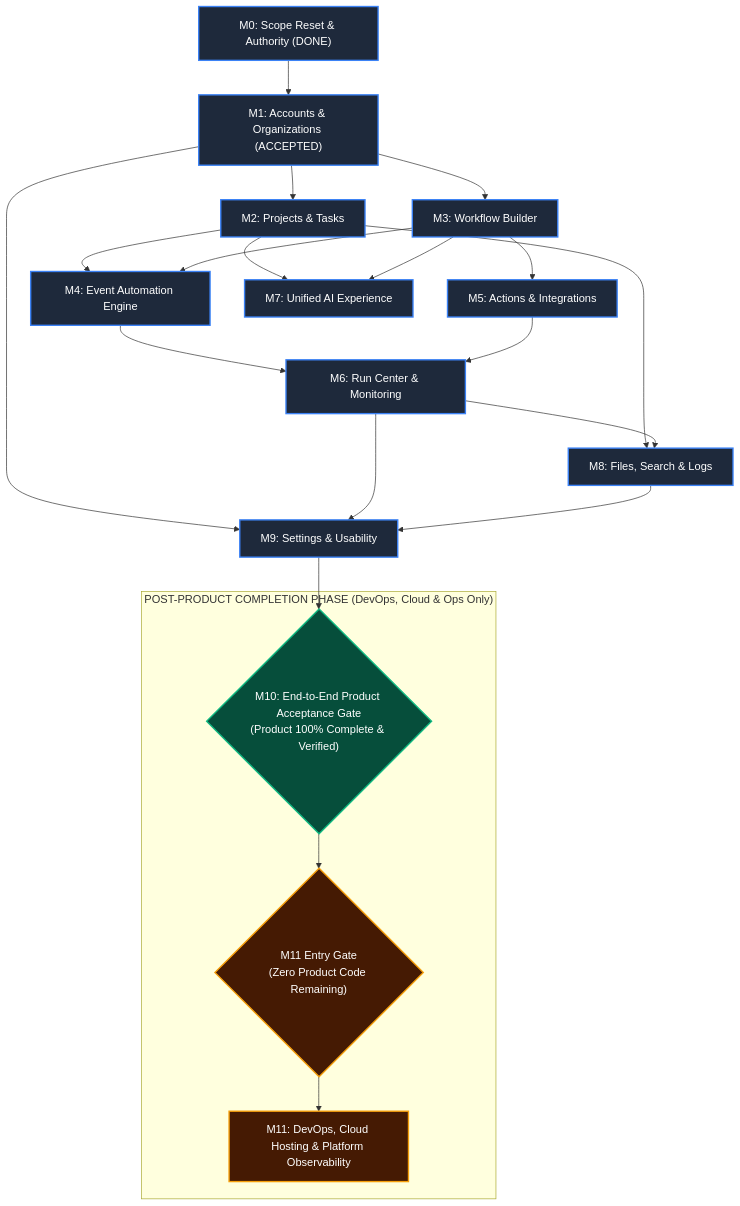
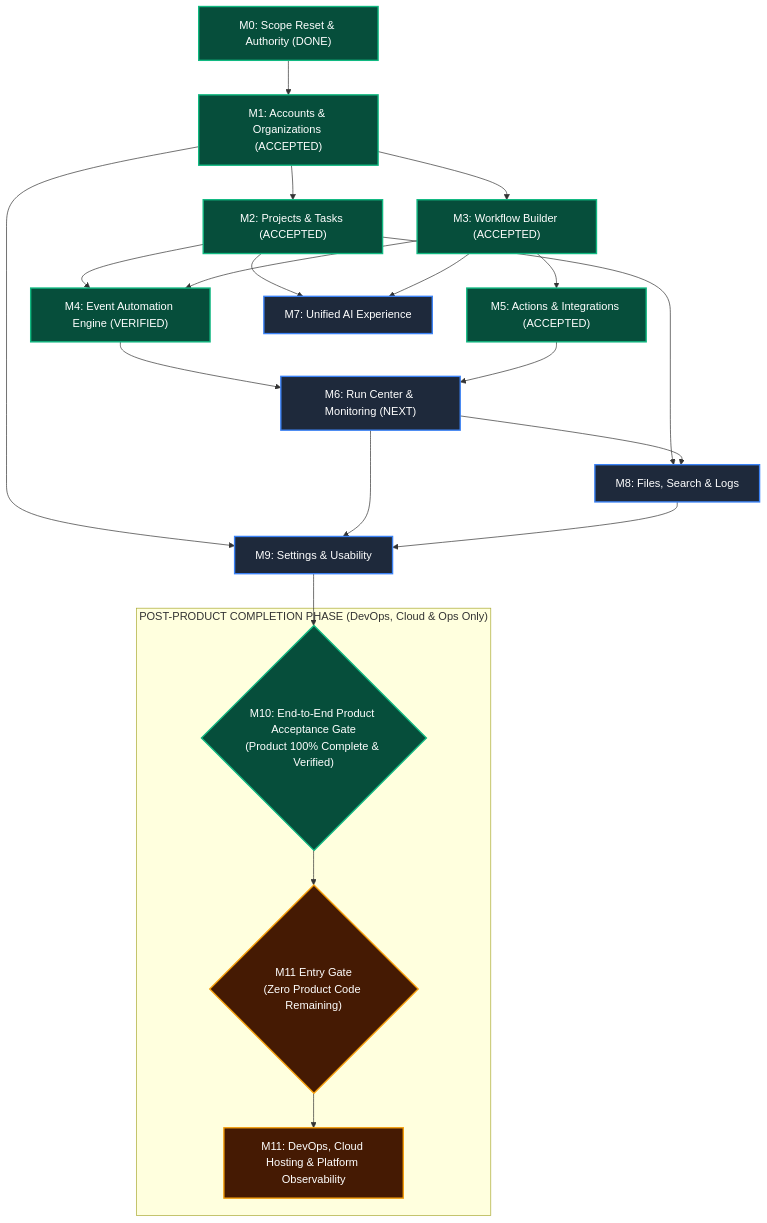
One commit to Mayur11code/Forge changed the fifth of 8 diagrams in forge/docs/product/PRODUCT_COMPLETION_TRACKER.md. Above: the diagram before and after it, drawn with Mermaid. The commit also changed other lines of this file, not shown here.

Commit message:
docs(tracker): update milestone roadmap and visual dependency graphs for M3-M5 completion

````diff
--- a/forge/docs/product/PRODUCT_COMPLETION_TRACKER.md
+++ b/forge/docs/product/PRODUCT_COMPLETION_TRACKER.md
@@ -381,29 +381,30 @@
 ```mermaid
 flowchart TD
+    classDef done fill:#064e3b,stroke:#10b981,stroke-width:2px,color:#fff;
     classDef product fill:#1e293b,stroke:#3b82f6,stroke-width:2px,color:#fff;
     classDef gate fill:#064e3b,stroke:#10b981,stroke-width:2px,color:#fff;
     classDef infra fill:#451a03,stroke:#f59e0b,stroke-width:2px,color:#fff;
 
-    M0["M0: Scope Reset & Authority (DONE)"]:::product --> M1["M1: Accounts & Organizations (ACCEPTED)"]:::product
-    M1 --> M2["M2: Projects & Tasks"]:::product
-    M1 --> M3["M3: Workflow Builder"]:::product
-    M2 --> M4["M4: Event Automation Engine"]:::product
+    M0["M0: Scope Reset & Authority (DONE)"]:::done --> M1["M1: Accounts & Organizations (ACCEPTED)"]:::done
+    M1 --> M2["M2: Projects & Tasks (ACCEPTED)"]:::done
+    M1 --> M3["M3: Workflow Builder (ACCEPTED)"]:::done
+    M2 --> M4["M4: Event Automation Engine (VERIFIED)"]:::done
     M3 --> M4
-    M3 --> M5["M5: Actions & Integrations"]:::product
-    M4 --> M6["M6: Run Center & Monitoring"]:::product
+    M3 --> M5["M5: Actions & Integrations (ACCEPTED)"]:::done
+    M4 --> M6["M6: Run Center & Monitoring (NEXT)"]:::product
     M5 --> M6
     M2 --> M7["M7: Unified AI Experience"]:::product
     M3 --> M7
     M2 --> M8["M8: Files, Search & Logs"]:::product
     M6 --> M8
     M1 --> M9["M9: Settings & Usability"]:::product
     M6 --> M9
     M8 --> M9
 
     M9 --> M10_EXIT{"M10: End-to-End Product Acceptance Gate\n(Product 100% Complete & Verified)"}:::gate
     
     subgraph POST_PRODUCT["POST-PRODUCT COMPLETION PHASE (DevOps, Cloud & Ops Only)"]
         M10_EXIT --> M11_ENTRY{"M11 Entry Gate\n(Zero Product Code Remaining)"}:::infra
         M11_ENTRY --> M11["M11: DevOps, Cloud Hosting & Platform Observability"]:::infra
     end
 ```
````
